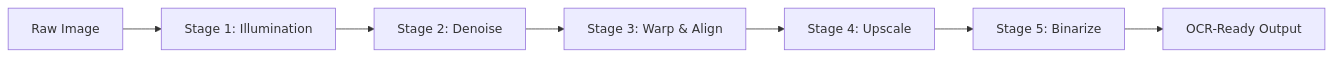
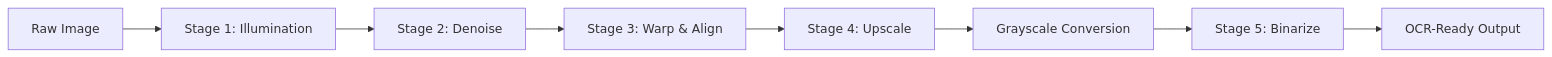
One commit to Khubaib7-del/FISCAL_DEMO changed the first of 3 diagrams in README.md. Above: the diagram before and after it, drawn with Mermaid.

Commit message:
Docs: Updated pipeline diagram to include Grayscale Conversion step

````diff
--- a/README.md
+++ b/README.md
@@ -7,9 +7,10 @@
 ```mermaid
 graph LR
     A[Raw Image] --> B[Stage 1: Illumination]
     B --> C[Stage 2: Denoise]
     C --> D[Stage 3: Warp & Align]
     D --> E[Stage 4: Upscale]
-    E --> F[Stage 5: Binarize]
-    F --> G[OCR-Ready Output]
+    E --> F[Grayscale Conversion]
+    F --> G[Stage 5: Binarize]
+    G --> H[OCR-Ready Output]
 ```
````
